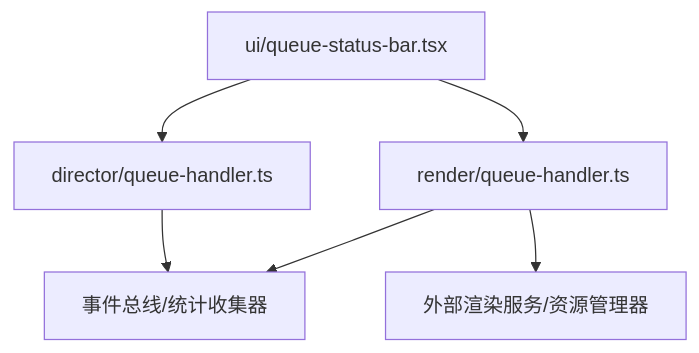
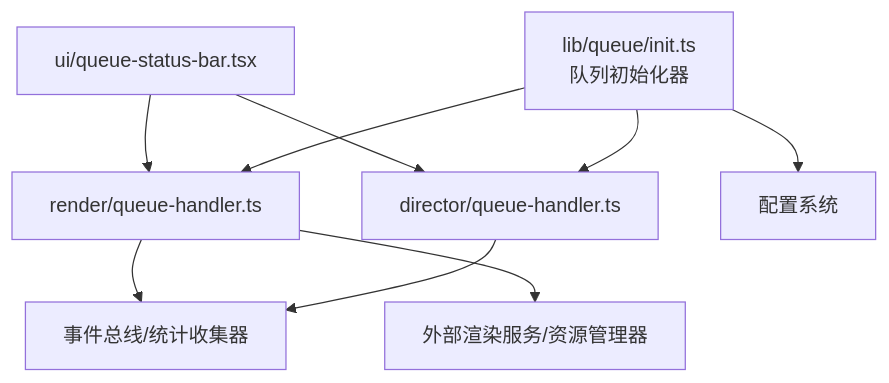
The ninth of 9 diagrams in .qoder/repowiki/zh/content/核心功能模块/导演系统/队列处理.md (AIMFllyYS/code-video-canvas), drawn with Mermaid before and after one commit. The commit also changed other lines of this file and 47 other files, not shown here.

````diff
--- a/.qoder/repowiki/zh/content/核心功能模块/导演系统/队列处理.md
+++ b/.qoder/repowiki/zh/content/核心功能模块/导演系统/队列处理.md
@@ -286,8 +399,11 @@
 ```mermaid
 graph TB
-DQH["director/queue-handler.ts"] --> Events["事件总线/统计收集器"]
-RQH["render/queue-handler.ts"] --> Events
+Init["lib/queue/init.ts<br/>队列初始化器"] --> DQH["director/queue-handler.ts"]
+Init --> RQH["render/queue-handler.ts"]
+Init --> Config["配置系统"]
+DQH --> Events["事件总线/统计收集器"]
+RQH --> Events
 RQH --> External["外部渲染服务/资源管理器"]
 QSB["ui/queue-status-bar.tsx"] --> DQH
 QSB --> RQH
 ```
````
